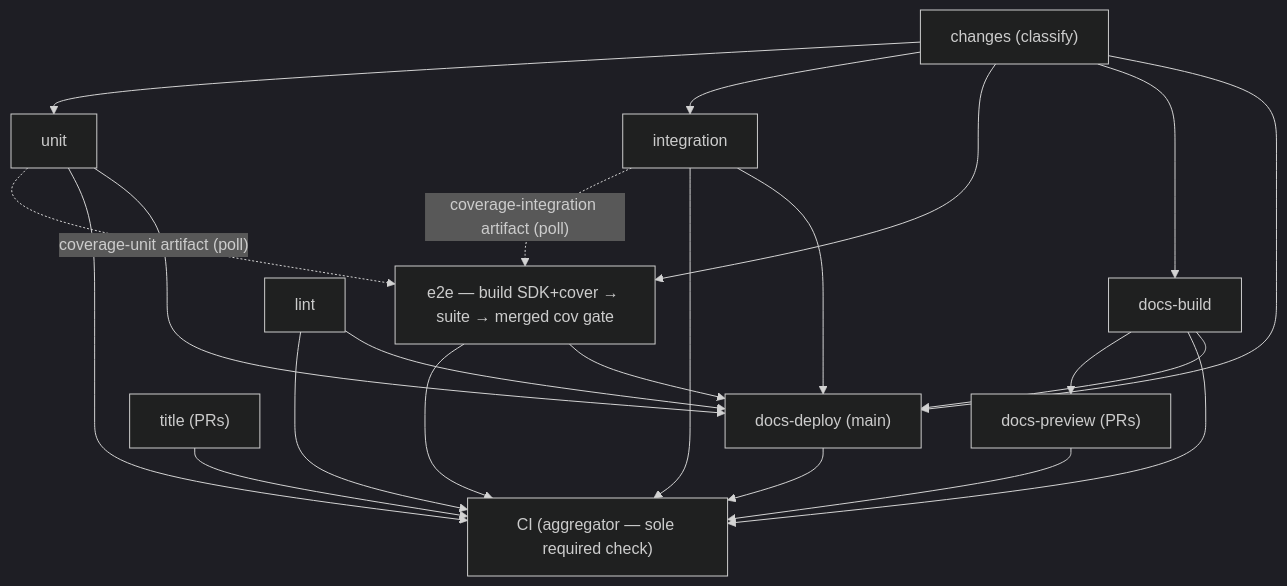
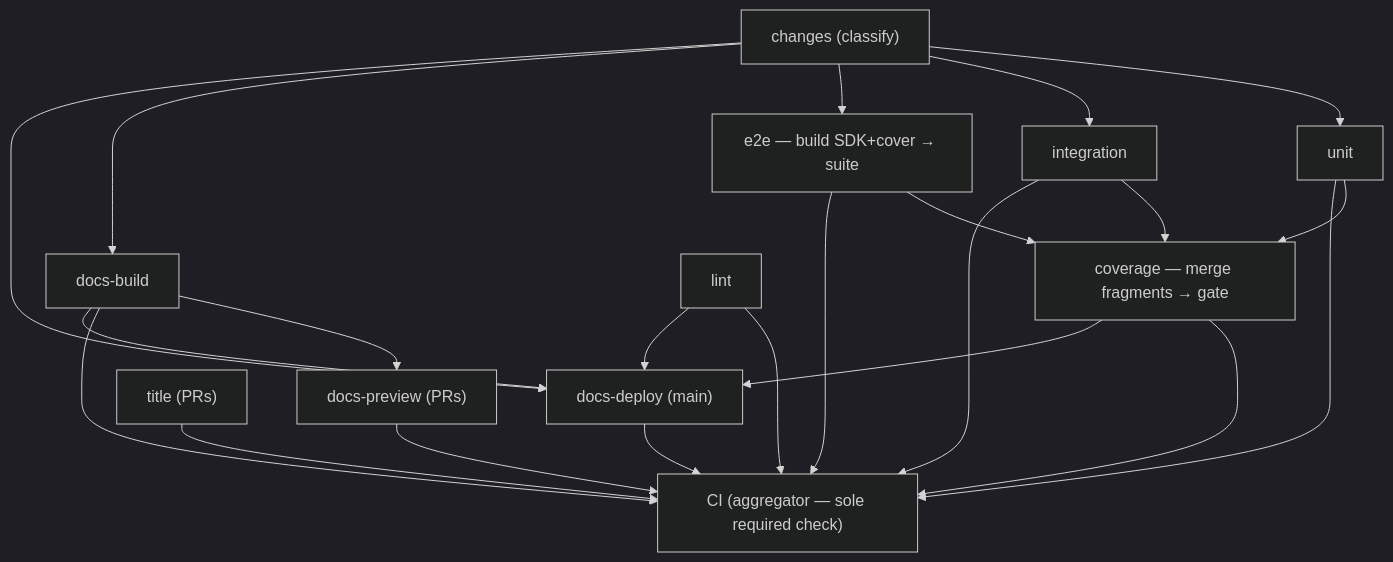
One commit to Wave-RF/WaveHouse changed the diagram in .github/workflows/README.md. Above: the diagram before and after it, drawn with Mermaid (dark theme). The commit also changed other lines of this file and 14 other files, not shown here.

````diff
--- a/.github/workflows/README.md
+++ b/.github/workflows/README.md
@@ -11,24 +12,24 @@
 ```mermaid
 graph TB
     changes["changes (classify)"] --> unit["unit"]
     changes --> integration["integration"]
-    changes --> e2e["e2e — build SDK+cover → suite → merged cov gate"]
+    changes --> e2e["e2e — build SDK+cover → suite"]
     changes --> docsbuild["docs-build"]
     docsbuild --> preview["docs-preview (PRs)"]
-    unit -. "coverage-unit artifact (poll)" .-> e2e
-    integration -. "coverage-integration artifact (poll)" .-> e2e
+    unit --> coverage["coverage — merge fragments → gate"]
+    integration --> coverage
+    e2e --> coverage
     title["title (PRs)"] --> ci["CI (aggregator — sole required check)"]
     lint["lint"] --> ci
+    coverage --> ci
     e2e --> ci
     unit --> ci
     integration --> ci
     docsbuild --> ci
     preview --> ci
     deploy["docs-deploy (main)"] --> ci
     changes --> deploy
     lint --> deploy
     docsbuild --> deploy
-    unit --> deploy
-    integration --> deploy
-    e2e --> deploy
+    coverage --> deploy
 ```
````
